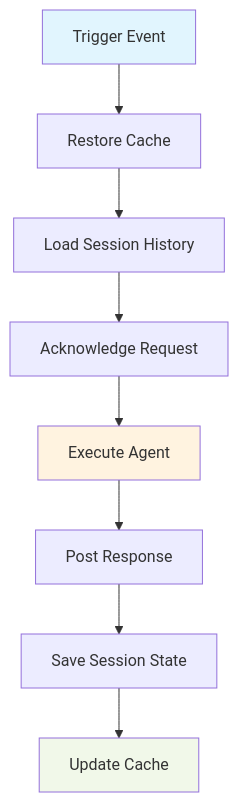
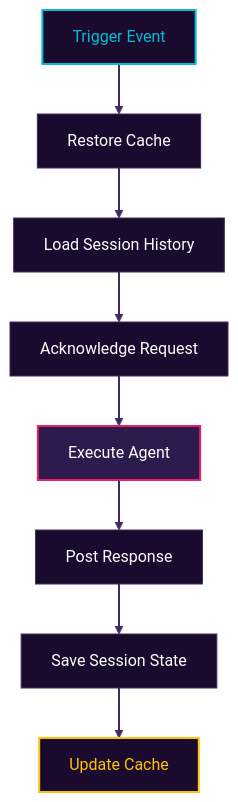
The diagram in README.md (fro-bot/agent), drawn with Mermaid before and after one commit. The commit also changed other lines of this file and 3 other files, not shown here.

````diff
--- a/README.md
+++ b/README.md
@@ -116,14 +116,32 @@
 ```mermaid
-flowchart TB
-    A[Trigger Event] --> B[Restore Cache]
-    B --> C[Load Session History]
-    C --> D[Acknowledge Request]
-    D --> E[Execute Agent]
-    E --> F[Post Response]
-    F --> G[Save Session State]
-    G --> H[Update Cache]
+graph TB
+%% Brand Colors: Void=#0D0216, Purple=#1A0B2E, Cyan=#00BCD4, Magenta=#E91E63, Amber=#FFC107
+%% Nodes
+A[Trigger Event] --> B[Restore Cache]
+B --> C[Load Session History]
+C --> D[Acknowledge Request]
+D --> E[Execute Agent]
+E --> F[Post Response]
+F --> G[Save Session State]
+G --> H[Update Cache]
 
-    style A fill:#e1f5fe
-    style E fill:#fff3e0
-    style H fill:#f1f8e9
+%% Styles
+classDef default fill:#1A0B2E,stroke:#3D2A5F,stroke-width:1px,color:#FFFFFF
+classDef start fill:#1A0B2E,stroke:#00BCD4,stroke-width:2px,color:#00BCD4
+classDef action fill:#2D1B4E,stroke:#E91E63,stroke-width:2px,color:#FFFFFF
+classDef endNode fill:#1A0B2E,stroke:#FFC107,stroke-width:2px,color:#FFC107
+
+%% Apply Styles
+class A start
+class E action
+class H endNode
+
+%% Link Styles (explicit indexes for broad Mermaid compatibility)
+linkStyle 0 stroke:#3D2A5F,stroke-width:2px
+linkStyle 1 stroke:#3D2A5F,stroke-width:2px
+linkStyle 2 stroke:#3D2A5F,stroke-width:2px
+linkStyle 3 stroke:#3D2A5F,stroke-width:2px
+linkStyle 4 stroke:#3D2A5F,stroke-width:2px
+linkStyle 5 stroke:#3D2A5F,stroke-width:2px
+linkStyle 6 stroke:#3D2A5F,stroke-width:2px
 ```
````
